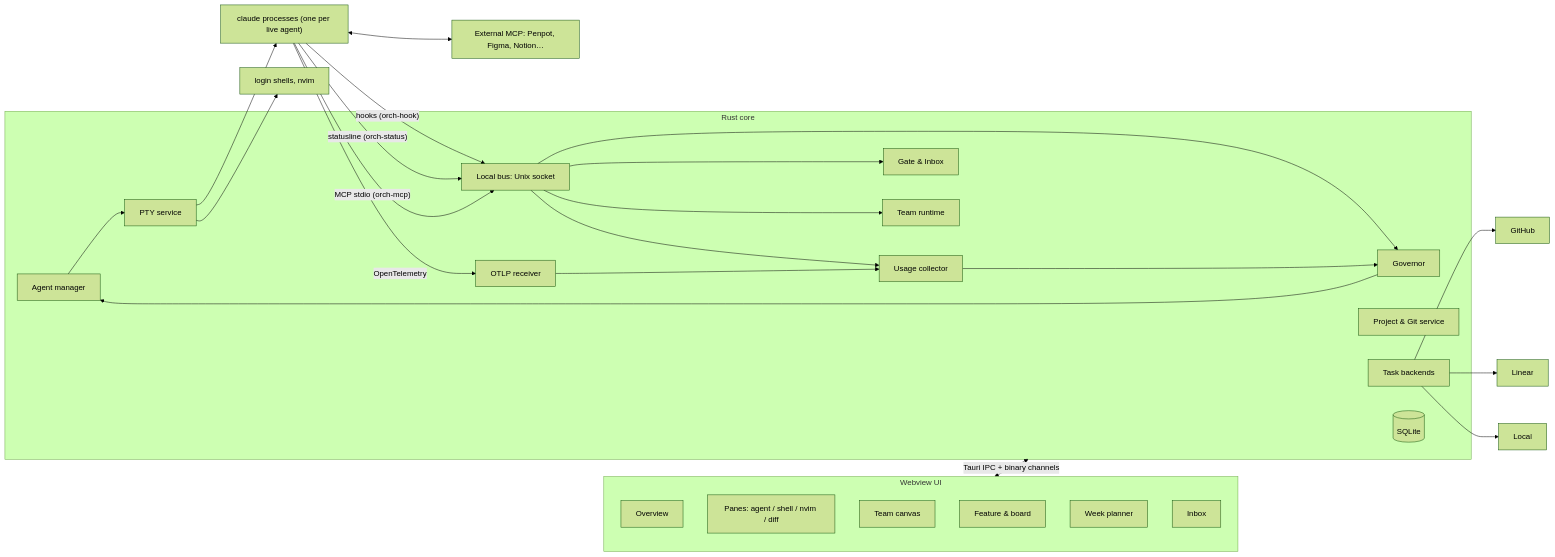
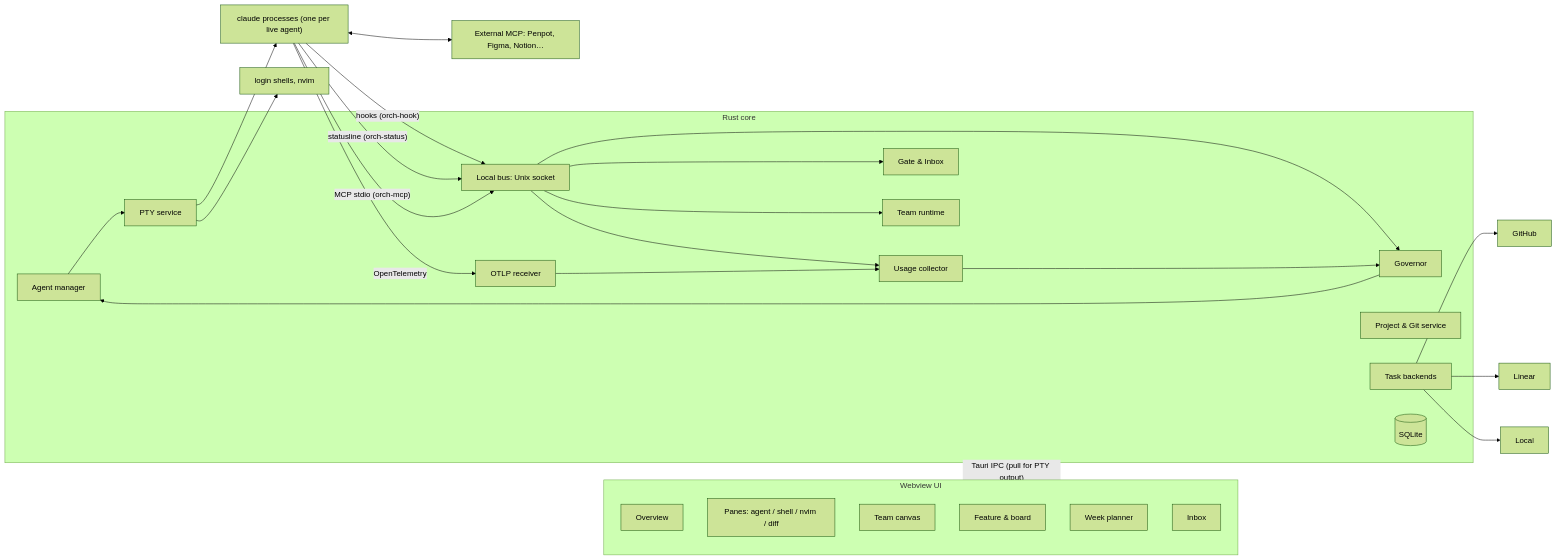
One commit to GuillaumeOj/orchestrator changed the diagram in docs/SPEC.md. Above: the diagram before and after it, drawn with Mermaid (forest theme). The commit also changed other lines of this file and 2 other files, not shown here.

````diff
--- a/docs/SPEC.md
+++ b/docs/SPEC.md
@@ -310,39 +310,39 @@
 ```mermaid
 flowchart LR
   subgraph UI["Webview UI"]
     OV[Overview]
     PN[Panes: agent / shell / nvim / diff]
     CV[Team canvas]
     FB[Feature & board]
     WP[Week planner]
     IN[Inbox]
   end
 
-  UI <-- "Tauri IPC + binary channels" --> CORE
+  UI <-- "Tauri IPC (pull for PTY output)" --> CORE
 
   subgraph CORE["Rust core"]
     PS[Project & Git service]
     AM[Agent manager]
     TR[Team runtime]
     GOV[Governor]
     UC[Usage collector]
     GI[Gate & Inbox]
     TB[Task backends]
     PTY[PTY service]
     BUS[Local bus: Unix socket]
     OTL[OTLP receiver]
     DB[(SQLite)]
   end
 
   AM --> PTY --> CL["claude processes (one per live agent)"]
   CL -- "hooks (orch-hook)" --> BUS
   CL -- "statusline (orch-status)" --> BUS
   CL -- "MCP stdio (orch-mcp)" --> BUS
   CL -- OpenTelemetry --> OTL
   BUS --> GOV & GI & TR & UC
   OTL --> UC --> GOV
   GOV --> AM
   TB --> GH[GitHub] & LN[Linear] & LOC[Local]
   CL <--> EXT[External MCP: Penpot, Figma, Notion…]
   PTY --> SH[login shells, nvim]
 ```
````
